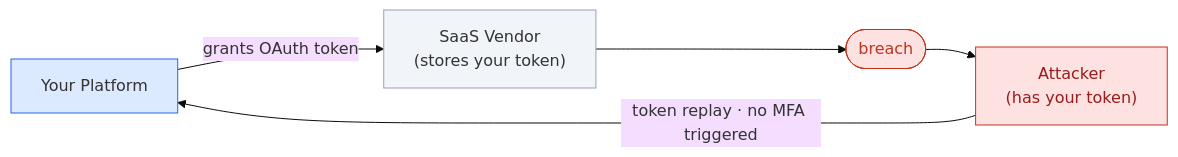
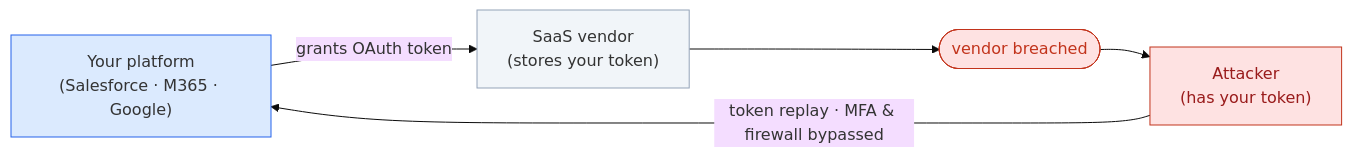
One commit to AurelianoR/fuse-control-plane changed the first of 3 diagrams in README.md. Above: the diagram before and after it, drawn with Mermaid (base theme). The commit also changed other lines of this file, not shown here.

First line of the commit message:
docs: expand README — real breach incidents w/ links, fixed + added flow diagrams, richer solution

````diff
--- a/README.md
+++ b/README.md
@@ -11,16 +11,16 @@
 ```mermaid
 flowchart LR
-    P["Your Platform"]
-    V["SaaS Vendor\n(stores your token)"]
-    B(["breach"])
-    A["Attacker\n(has your token)"]
+    P["Your platform<br/>(Salesforce · M365 · Google)"]
+    V["SaaS vendor<br/>(stores your token)"]
+    B(["vendor breached"])
+    A["Attacker<br/>(has your token)"]
 
     P -- "grants OAuth token" --> V
     V --> B --> A
-    A -- "token replay · no MFA triggered" --> P
+    A -- "token replay · MFA &amp; firewall bypassed" --> P
 
     style B fill:#fee2e2,stroke:#c2341c,color:#c2341c
     style A fill:#fee2e2,stroke:#c2341c,color:#991b1b
     style P fill:#dbeafe,stroke:#2563eb
     style V fill:#f1f5f9,stroke:#94a3b8
 ```
````
